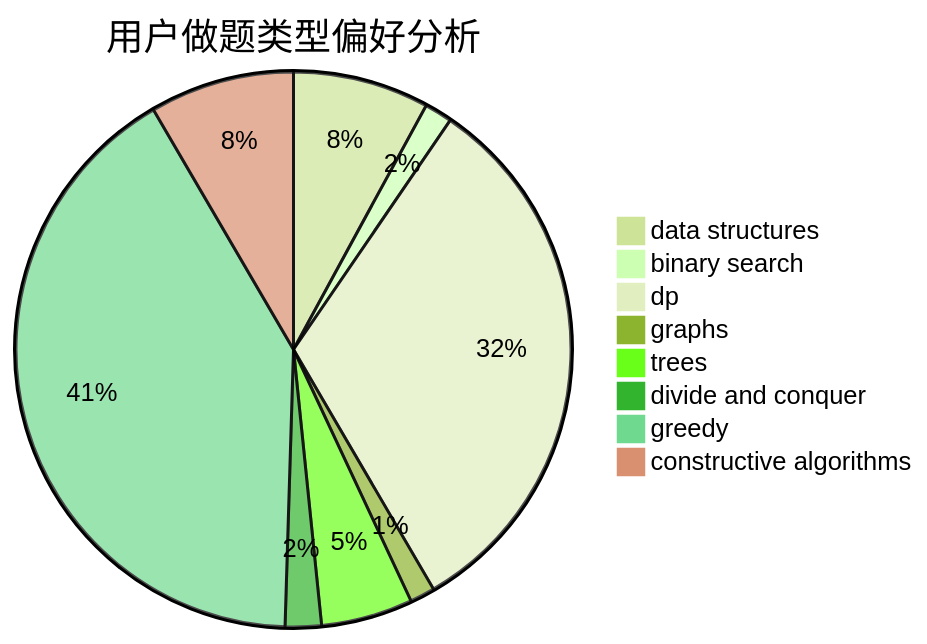
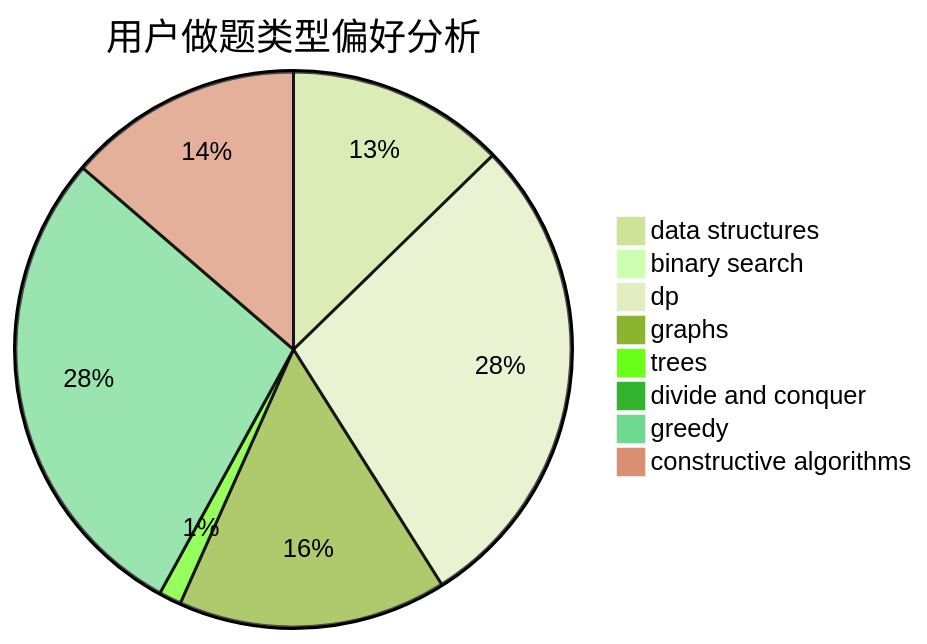
One commit to sherpahu/cfrs.github.io changed the second of 3 diagrams in docs/user/u1972.md. Above: the diagram before and after it, drawn with Mermaid (forest theme). The commit also changed other lines of this file and 2770 other files, not shown here.

````diff
--- a/docs/user/u1972.md
+++ b/docs/user/u1972.md
@@ -23,11 +23,11 @@
 ```mermaid
 pie title 用户做题类型偏好分析
-    "data structures" :  49
-    "binary search" :  10
-    "dp" :  198
-    "graphs" :  9
-    "trees" :  33
-    "divide and conquer" :  13
-    "greedy" :  254
-    "constructive algorithms" :  52
+    "data structures" :  39
+    "binary search" :  0
+    "dp" :  87
+    "graphs" :  48
+    "trees" :  4
+    "divide and conquer" :  0
+    "greedy" :  87
+    "constructive algorithms" :  42
 ```
````
